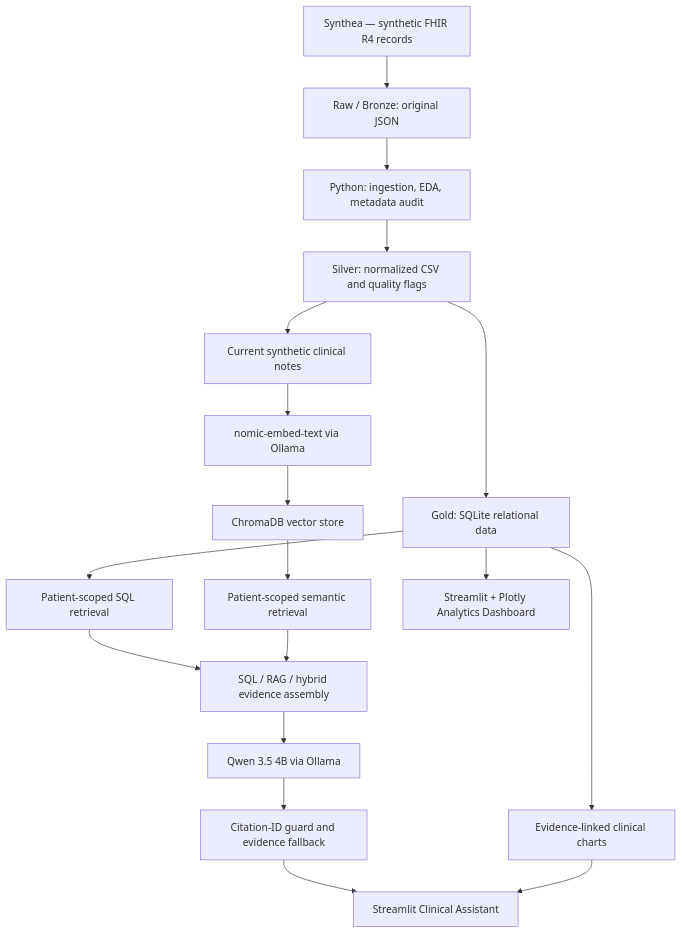
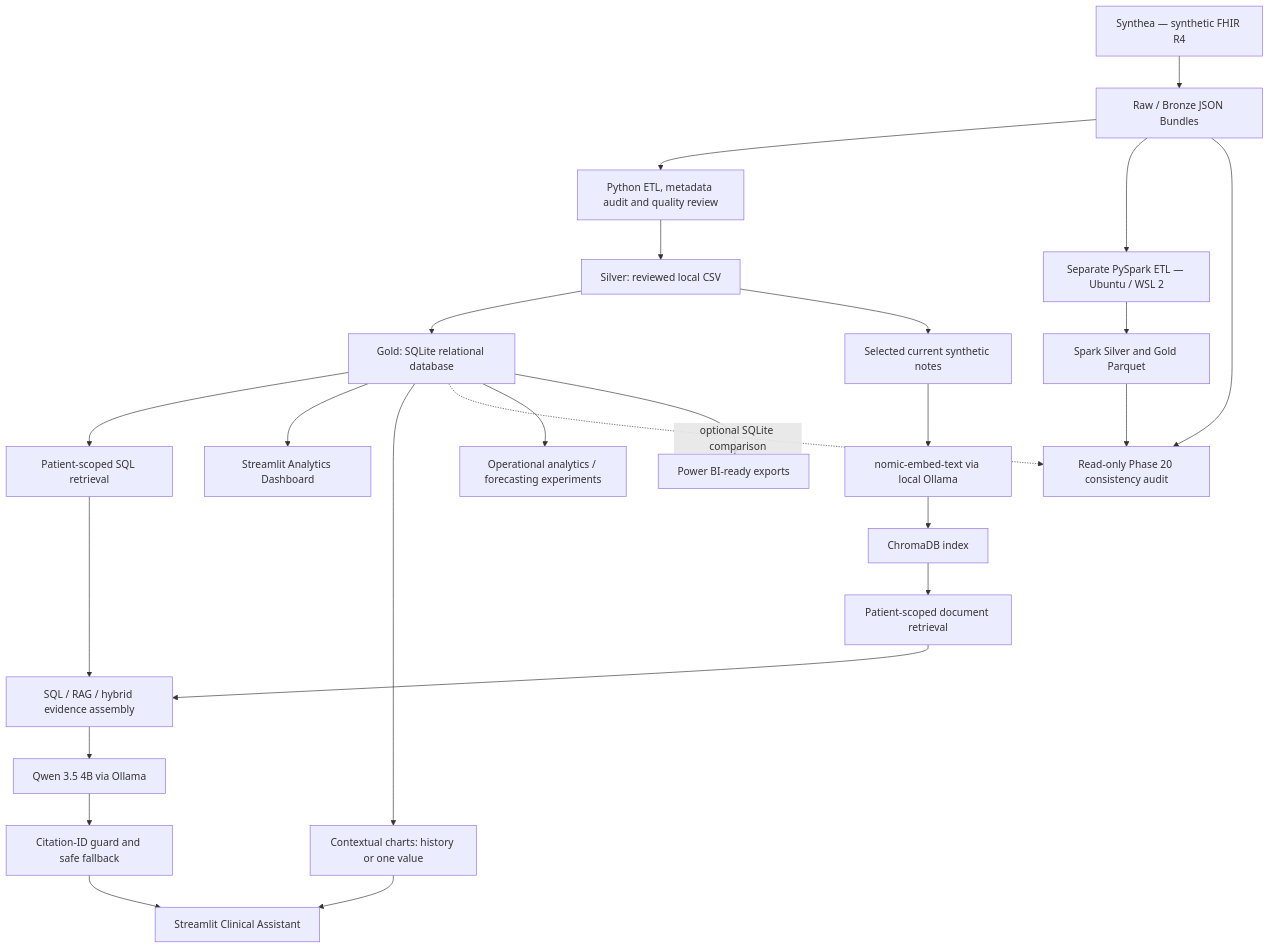
Before and after one commit to LucaBarsi/DataHealth-AI: the diagram in README.md, drawn with Mermaid. The commit also changed other lines of this file and 61 other files, not shown here.

Commit message:
Complete Phase 22 release readiness review

````diff
--- a/README.md
+++ b/README.md
@@ -56,20 +68,27 @@
 ```mermaid
 flowchart TD
-    A["Synthea — synthetic FHIR R4 records"] --> B["Raw / Bronze: original JSON"]
-    B --> C["Python: ingestion, EDA, metadata audit"]
-    C --> D["Silver: normalized CSV and quality flags"]
-    D --> E["Gold: SQLite relational data"]
-    D --> F["Current synthetic clinical notes"]
-    F --> G["nomic-embed-text via Ollama"]
-    G --> H["ChromaDB vector store"]
+    A["Synthea — synthetic FHIR R4"] --> B["Raw / Bronze JSON Bundles"]
+    B --> C["Python ETL, metadata audit and quality review"]
+    C --> D["Silver: reviewed local CSV"]
+    D --> E["Gold: SQLite relational database"]
+    D --> F["Selected current synthetic notes"]
+    F --> G["nomic-embed-text via local Ollama"]
+    G --> H["ChromaDB index"]
     E --> I["Patient-scoped SQL retrieval"]
-    H --> J["Patient-scoped semantic retrieval"]
+    H --> J["Patient-scoped document retrieval"]
     I --> K["SQL / RAG / hybrid evidence assembly"]
     J --> K
     K --> L["Qwen 3.5 4B via Ollama"]
-    L --> M["Citation-ID guard and evidence fallback"]
+    L --> M["Citation-ID guard and safe fallback"]
     M --> N["Streamlit Clinical Assistant"]
-    E --> O["Streamlit + Plotly Analytics Dashboard"]
-    E --> P["Evidence-linked clinical charts"]
+    E --> O["Streamlit Analytics Dashboard"]
+    E --> P["Contextual charts: history or one value"]
     P --> N
+    B --> Q["Separate PySpark ETL — Ubuntu / WSL 2"]
+    Q --> R["Spark Silver and Gold Parquet"]
+    B --> S["Read-only Phase 20 consistency audit"]
+    R --> S
+    E -. "optional SQLite comparison" .-> S
+    E --> T["Operational analytics / forecasting experiments"]
+    E --> U["Power BI-ready exports"]
 ```
````
